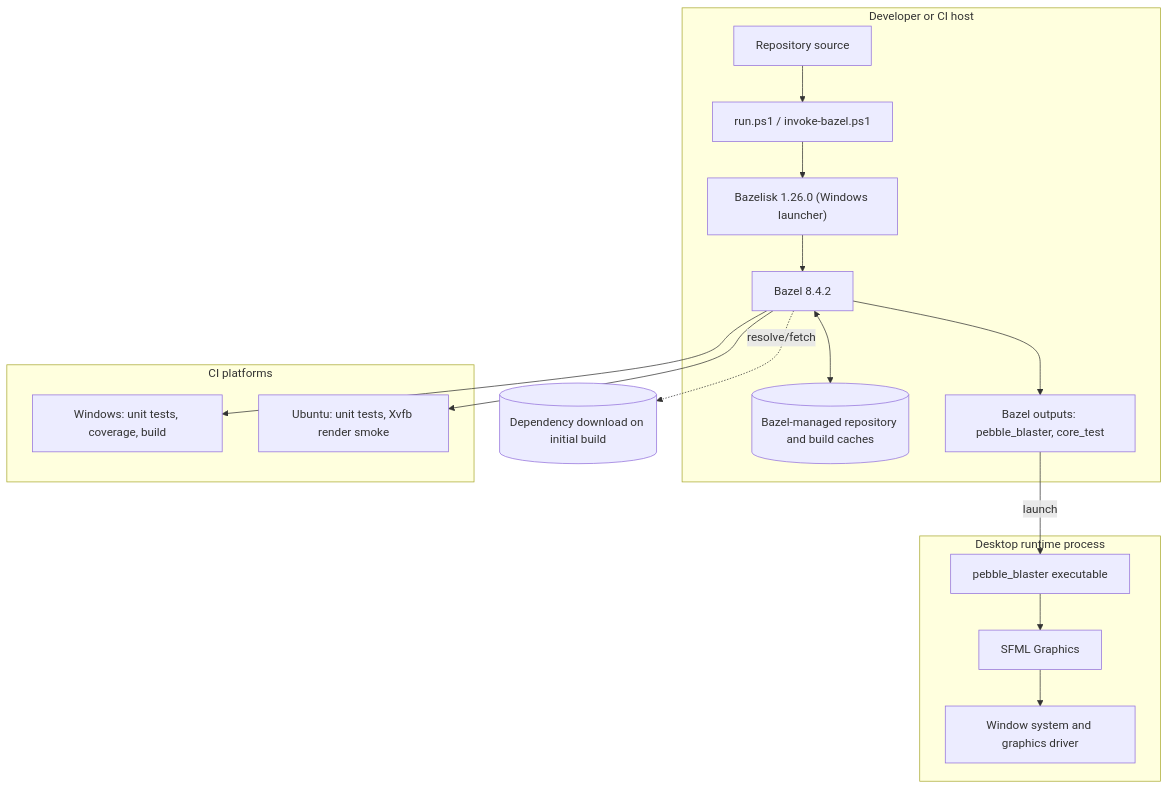
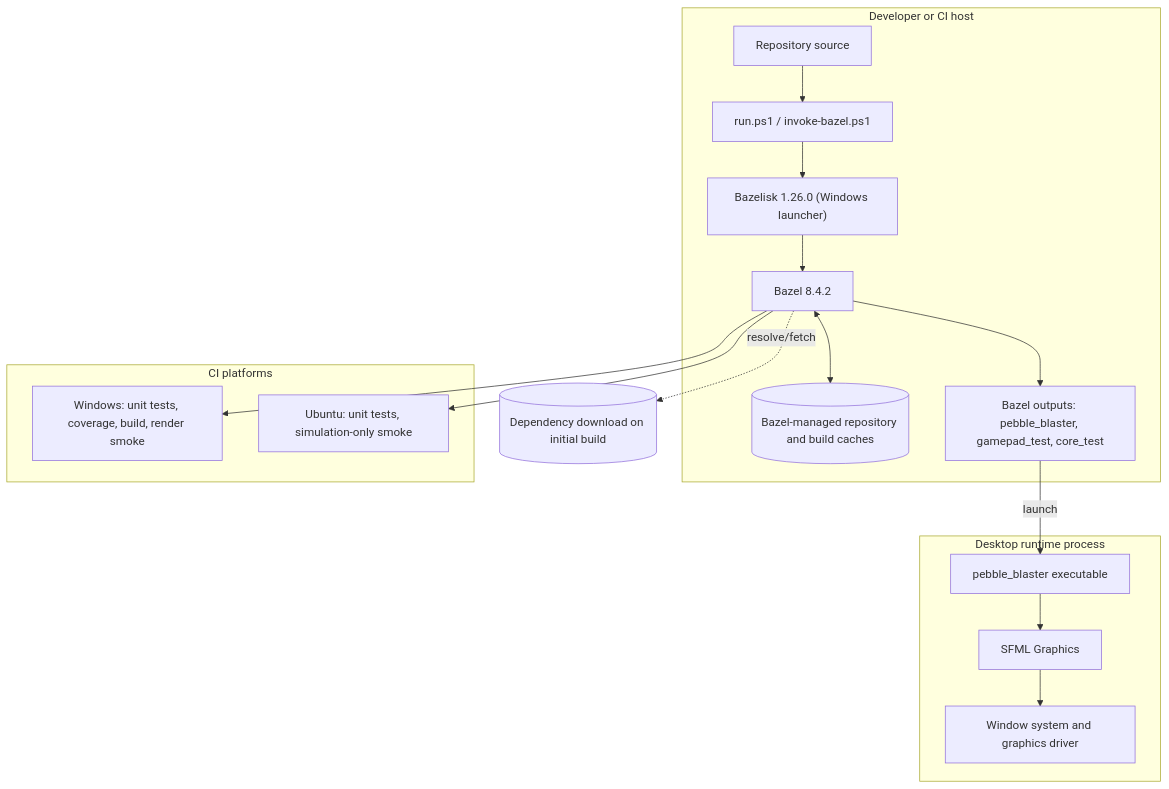
Before and after one commit to OMerkel/pebble_blaster: the eighth of 10 diagrams in doc/software_architecture.md, drawn with Mermaid. The commit also changed other lines of this file and 21 other files, not shown here.

````diff
--- a/doc/software_architecture.md
+++ b/doc/software_architecture.md
@@ -376,29 +477,29 @@
 ```mermaid
 flowchart TB
     subgraph Dev[Developer or CI host]
       Source["Repository source"]
       Launcher["run.ps1 / invoke-bazel.ps1"]
       Bazelisk["Bazelisk 1.26.0 (Windows launcher)"]
       Bazel["Bazel 8.4.2"]
       Cache[("Bazel-managed repository and build caches")]
-      Outputs["Bazel outputs: pebble_blaster, core_test"]
+      Outputs["Bazel outputs: pebble_blaster, gamepad_test, core_test"]
       Source --> Launcher --> Bazelisk --> Bazel
       Bazel <--> Cache
       Bazel --> Outputs
     end
     Internet[("Dependency download on initial build")]
     Bazel -. resolve/fetch .-> Internet
     subgraph Runtime["Desktop runtime process"]
       App["pebble_blaster executable"]
       SFML["SFML Graphics"]
       OS["Window system and graphics driver"]
       App --> SFML --> OS
     end
     Outputs -->|launch| App
     subgraph CI["CI platforms"]
-      Win["Windows: unit tests, coverage, build"]
-      Linux["Ubuntu: unit tests, Xvfb render smoke"]
+      Win["Windows: unit tests, coverage, build, render smoke"]
+      Linux["Ubuntu: unit tests, simulation-only smoke"]
     end
     Bazel --> Win
     Bazel --> Linux
 ```
````
